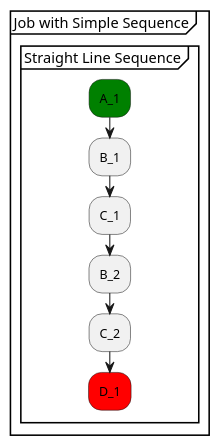
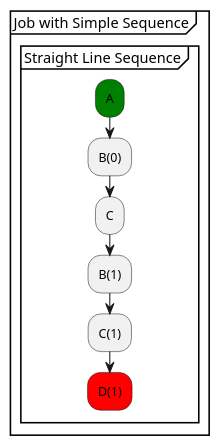
One commit to xtuml/munin changed the diagram in models/SequenceVerificationDataCentric/puml/Tutorial_9.puml. Above: the diagram before and after it, drawn with PlantUML. The commit also changed 10 other files, not shown here.

```diff
--- a/models/SequenceVerificationDataCentric/puml/Tutorial_9.puml
+++ b/models/SequenceVerificationDataCentric/puml/Tutorial_9.puml
@@ -7,12 +7,12 @@
 @startuml 
 partition "Job with Simple Sequence" {
   group "Straight Line Sequence"
-      #green:A_1;
-      :B_1;
-      :C_1;
-      :B_2;
-      :C_2;
-      #red:D_1;
+      #green:A;
+      :B(0);
+      :C;
+      :B(1);
+      :C(1);
+      #red:D(1);
   end group
 }
 @enduml
```
